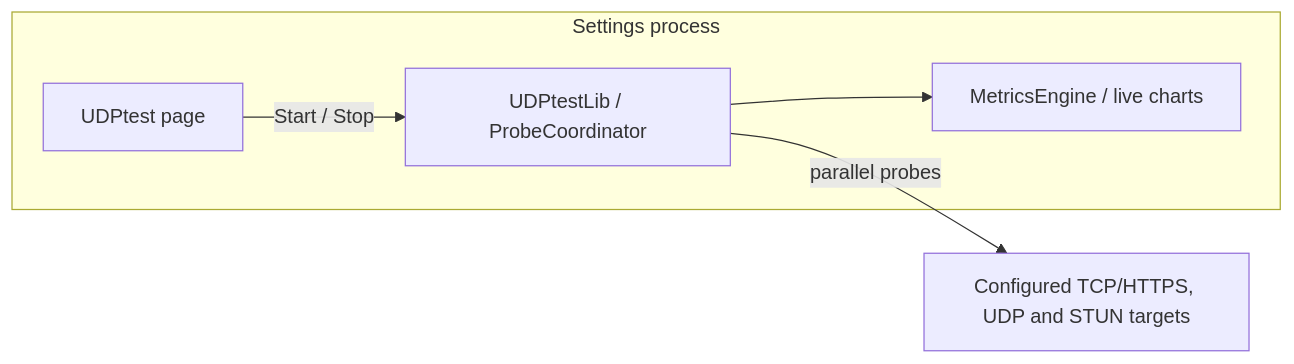
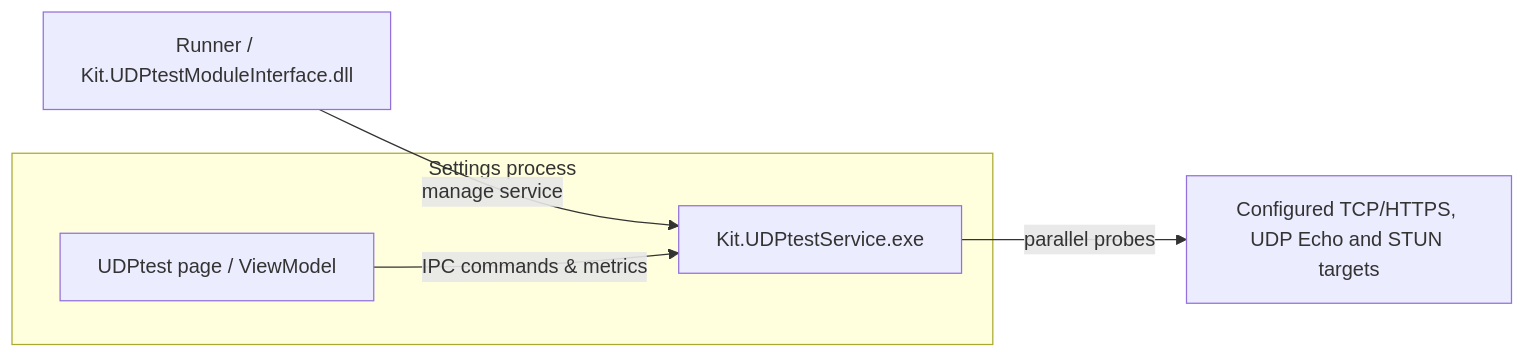
One commit to guijianchou/Kit changed the fifth of 7 diagrams in README.md. Above: the diagram before and after it, drawn with Mermaid. The commit also changed other lines of this file and 38 other files, not shown here.

````diff
--- a/README.md
+++ b/README.md
@@ -169,8 +169,8 @@
 ```mermaid
 flowchart LR
+    MI["Runner / Kit.UDPtestModuleInterface.dll"] -->|"manage service"| SVC["Kit.UDPtestService.exe"]
     subgraph S["Settings process"]
-        PG["UDPtest page"] -->|"Start / Stop"| ENG["UDPtestLib / ProbeCoordinator"]
-        ENG --> METRICS["MetricsEngine / live charts"]
+        PG["UDPtest page / ViewModel"] -->|"IPC commands & metrics"| SVC
     end
-    ENG -->|"parallel probes"| TARGET["Configured TCP/HTTPS, UDP and STUN targets"]
+    SVC -->|"parallel probes"| TARGET["Configured TCP/HTTPS, UDP Echo and STUN targets"]
 ```
````
